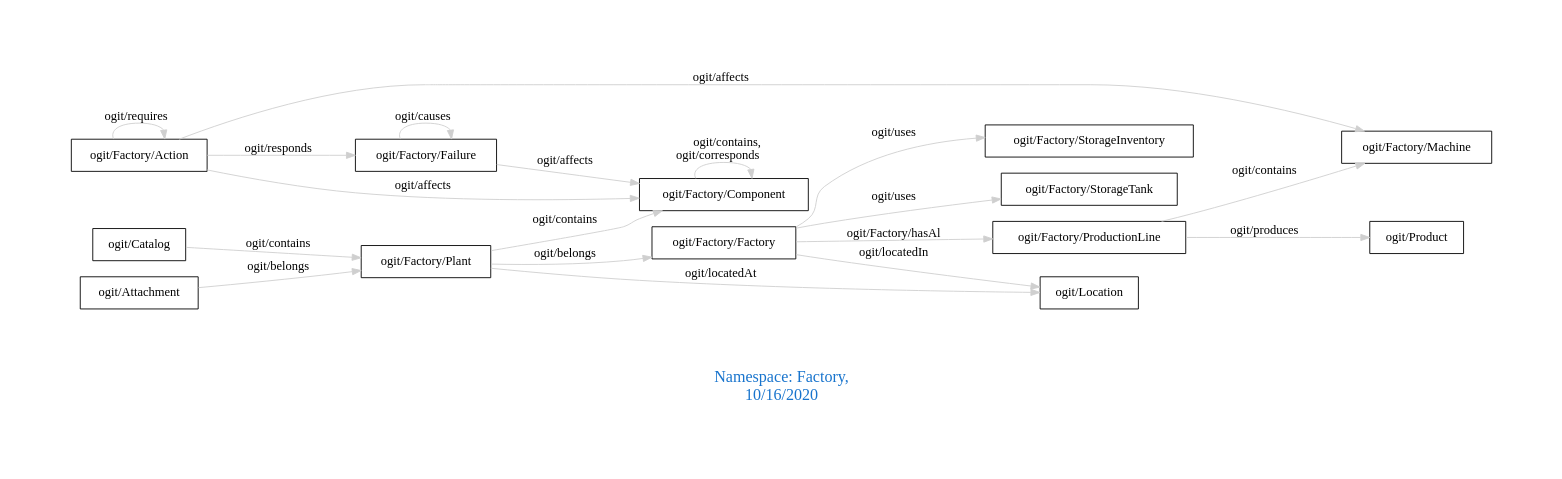
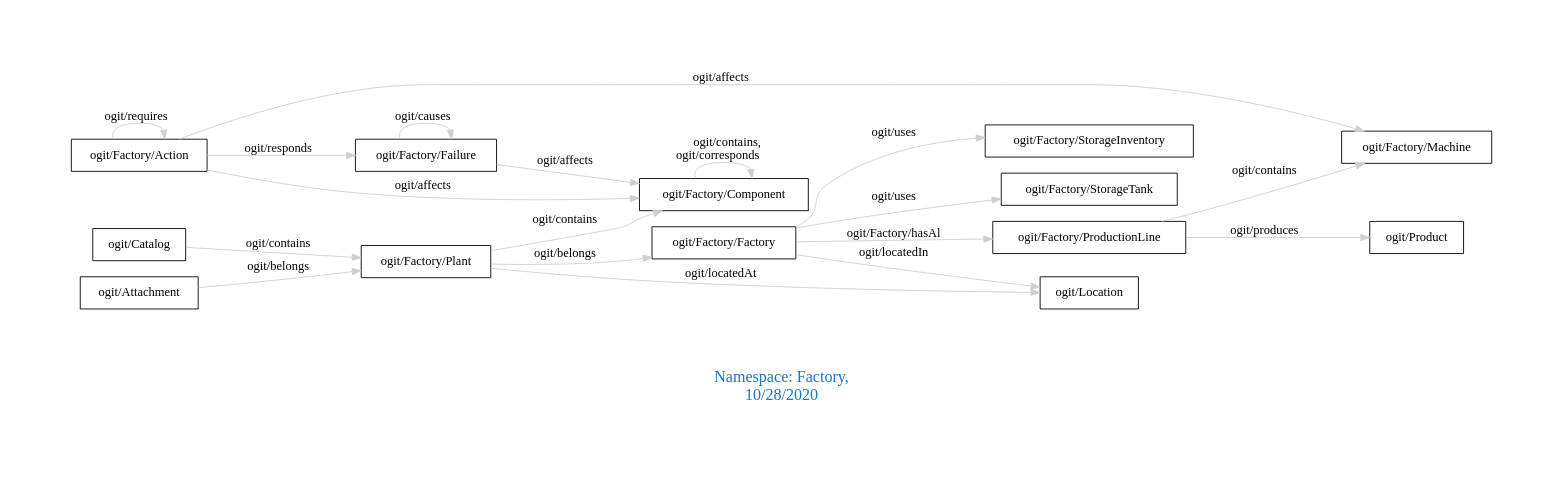
Before and after one commit to arago/OGIT: the diagram in downloads/Factory.dot, drawn with Graphviz. The commit also changed 1830 other files, not shown here.

```diff
--- a/downloads/Factory.dot
+++ b/downloads/Factory.dot
@@ -1,26 +1,26 @@
 digraph OGIT_ontology {
  graph [ rankdir= LR,pad=1 
 fontsize = 18,
-fontcolor= dodgerblue3,label = "\n\n\nNamespace: Factory, \n 10/16/2020"];
+fontcolor= dodgerblue3,label = "\n\n\nNamespace: Factory, \n 10/28/2020"];
 node[shape=polygon];
 edge [  color="gray81"];
 
    "ogit/Factory/Plant" -> "ogit/Factory/Component" [label="   ogit/contains    "];
    "ogit/Factory/ProductionLine" -> "ogit/Factory/Machine" [label="   ogit/contains    "];
    "ogit/Catalog" -> "ogit/Factory/Plant" [label="   ogit/contains    "];
    "ogit/Factory/Factory" -> "ogit/Factory/ProductionLine" [label="   ogit/Factory/hasAl    "];
    "ogit/Factory/Plant" -> "ogit/Location" [label="   ogit/locatedAt    "];
    "ogit/Factory/Factory" -> "ogit/Location" [label="   ogit/locatedIn    "];
    "ogit/Factory/Action" -> "ogit/Factory/Component" [label="   ogit/affects    "];
    "ogit/Factory/Action" -> "ogit/Factory/Machine" [label="   ogit/affects    "];
    "ogit/Factory/Failure" -> "ogit/Factory/Component" [label="   ogit/affects    "];
    "ogit/Factory/Action" -> "ogit/Factory/Failure" [label="   ogit/responds    "];
    "ogit/Factory/ProductionLine" -> "ogit/Product" [label="   ogit/produces    "];
    "ogit/Factory/Plant" -> "ogit/Factory/Factory" [label="   ogit/belongs    "];
    "ogit/Attachment" -> "ogit/Factory/Plant" [label="   ogit/belongs    "];
    "ogit/Factory/Factory" -> "ogit/Factory/StorageInventory" [label="   ogit/uses    "];
    "ogit/Factory/Factory" -> "ogit/Factory/StorageTank" [label="   ogit/uses    "];
    "ogit/Factory/Action" -> "ogit/Factory/Action" [label="   ogit/requires    "];
    "ogit/Factory/Component" -> "ogit/Factory/Component" [label="   ogit/contains, \n ogit/corresponds    "];
    "ogit/Factory/Failure" -> "ogit/Factory/Failure" [label="   ogit/causes    "];
 }
```
